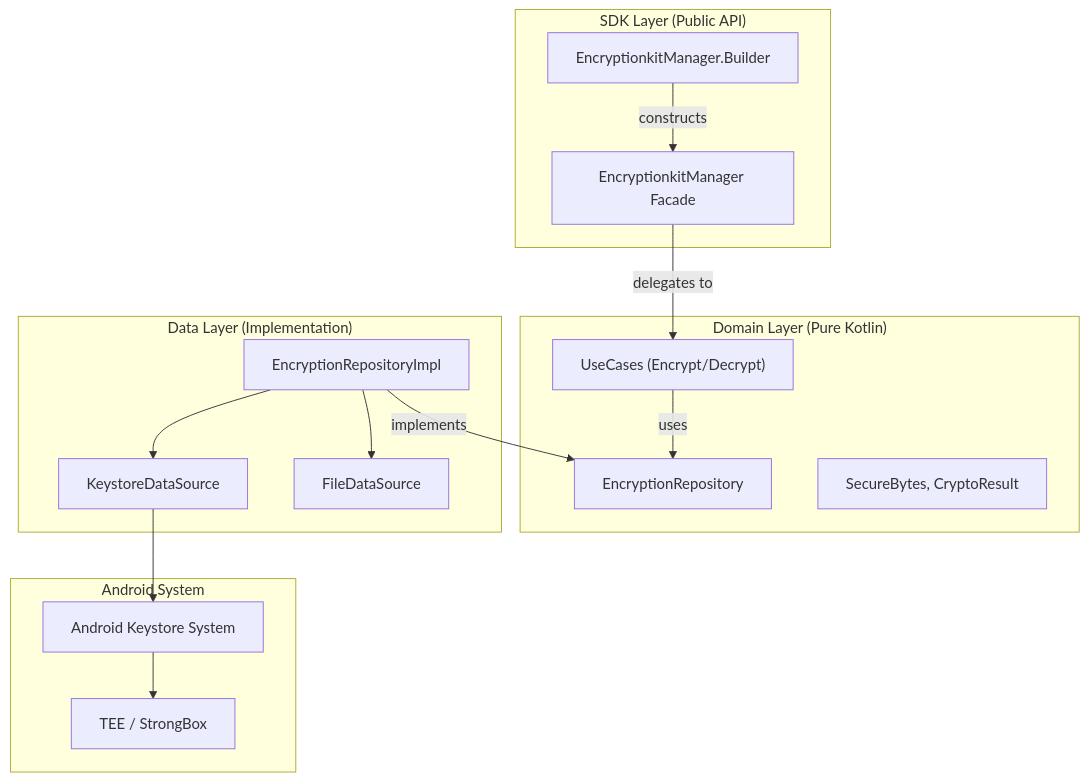
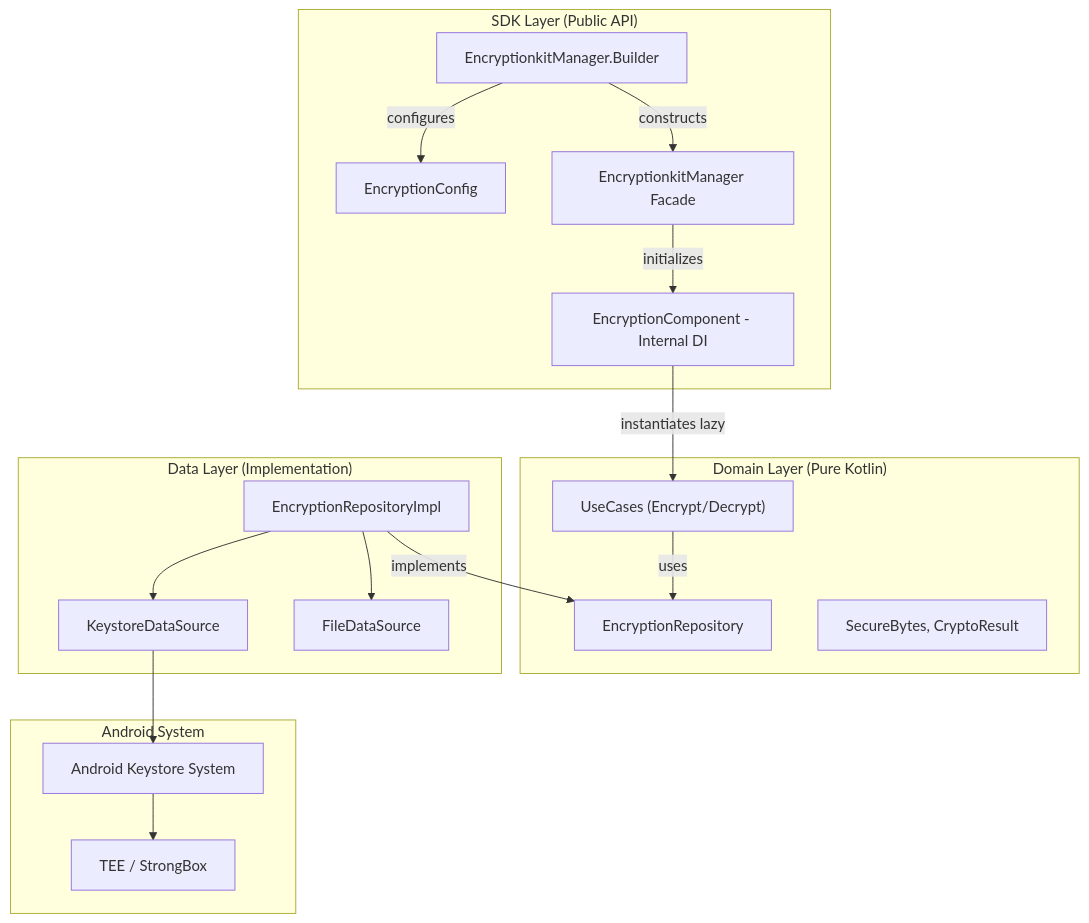
Before and after one commit to joshluq/encryptionkit-android: the diagram in README.md, drawn with Mermaid. The commit also changed other lines of this file and 15 other files, not shown here.

Commit message:
Rename `EncryptionConfig` and `EncryptionComponent` to `EncryptionkitConfig` and `EncryptionkitComponent`

````diff
--- a/README.md
+++ b/README.md
@@ -21,33 +20,37 @@
 ```mermaid
 graph TD
     subgraph "SDK Layer (Public API)"
+        Config[EncryptionConfig]
         Builder[EncryptionkitManager.Builder]
         Facade[EncryptionkitManager Facade]
+        Component[EncryptionComponent - Internal DI]
     end
 
     subgraph "Domain Layer (Pure Kotlin)"
         UC["UseCases (Encrypt/Decrypt)"]
         RepoInterface[EncryptionRepository]
         Models["SecureBytes, CryptoResult"]
     end
 
     subgraph "Data Layer (Implementation)"
         RepoImpl[EncryptionRepositoryImpl]
         KS_DS[KeystoreDataSource]
         File_DS[FileDataSource]
     end
 
     subgraph "Android System"
         KS[Android Keystore System]
         TEE["TEE / StrongBox"]
     end
 
+    Builder -- configures --> Config
     Builder -- constructs --> Facade
-    Facade -- delegates to --> UC
+    Facade -- initializes --> Component
+    Component -- instantiates lazy --> UC
     UC -- uses --> RepoInterface
     RepoImpl -- implements --> RepoInterface
     RepoImpl --> KS_DS
     RepoImpl --> File_DS
     KS_DS --> KS
     KS --> TEE
 ```
````
